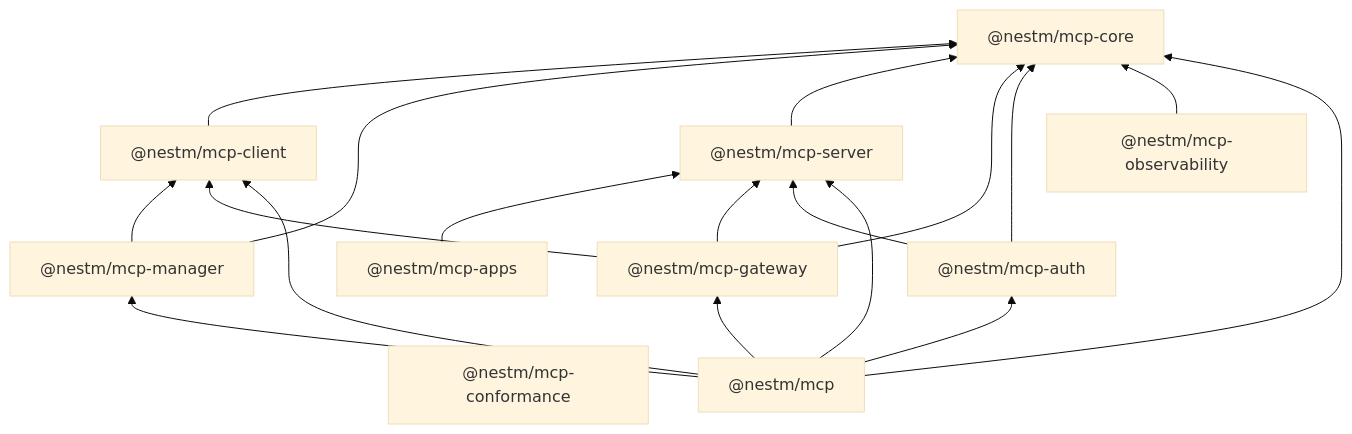
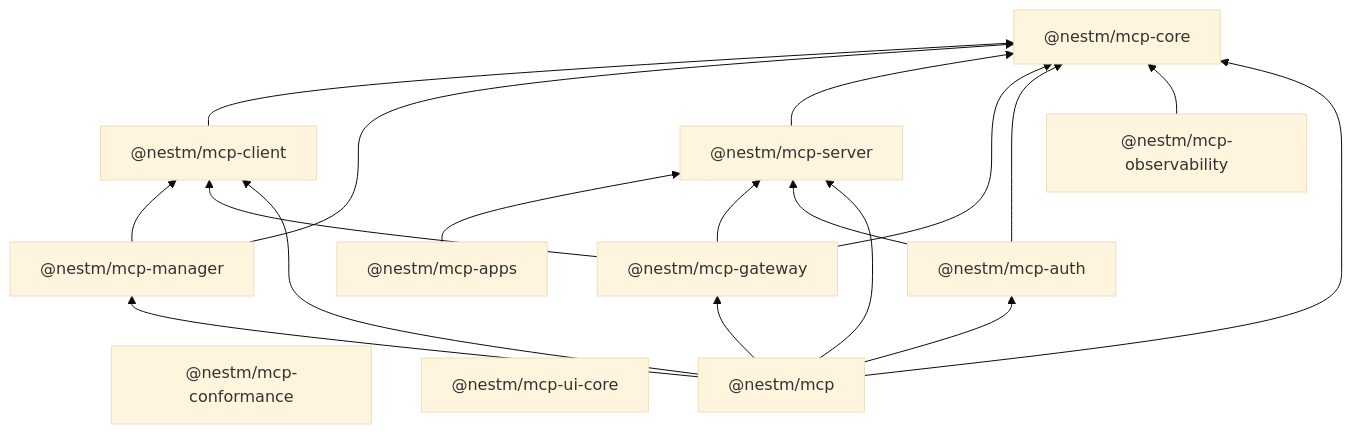
The diagram in README.md (nestm-dev/mcp), drawn with Mermaid (base theme) before and after one commit. The commit also changed other lines of this file and 60 other files, not shown here.

````diff
--- a/README.md
+++ b/README.md
@@ -27,22 +28,23 @@
 ```mermaid
 flowchart BT
   core["@nestm/mcp-core"]
   client["@nestm/mcp-client"] --> core
   manager["@nestm/mcp-manager"] --> core
   manager --> client
   conformance["@nestm/mcp-conformance"]
+  uiCore["@nestm/mcp-ui-core"]
   server["@nestm/mcp-server"] --> core
   apps["@nestm/mcp-apps"] --> server
   gateway["@nestm/mcp-gateway"] --> core
   gateway --> client
   gateway --> server
   auth["@nestm/mcp-auth"] --> core
   auth --> server
   observability["@nestm/mcp-observability"] --> core
   nest["@nestm/mcp"] --> core
   nest --> server
   nest --> client
   nest --> manager
   nest --> gateway
   nest --> auth
 ```
````
